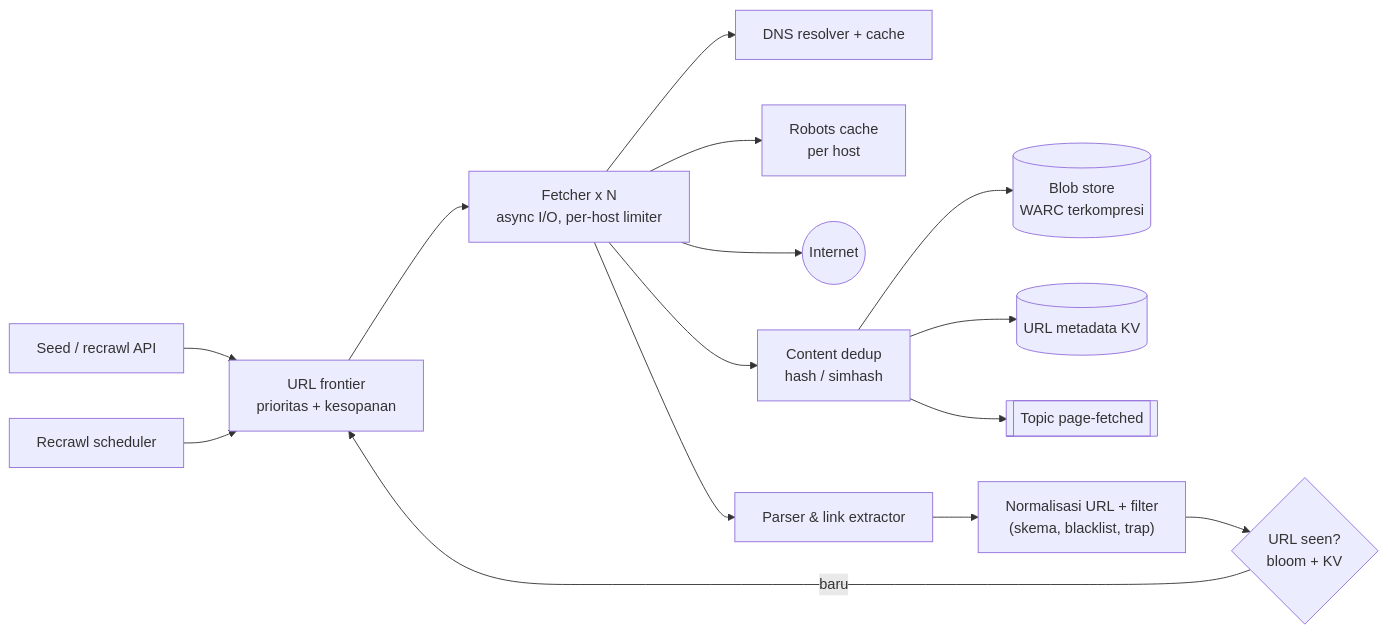
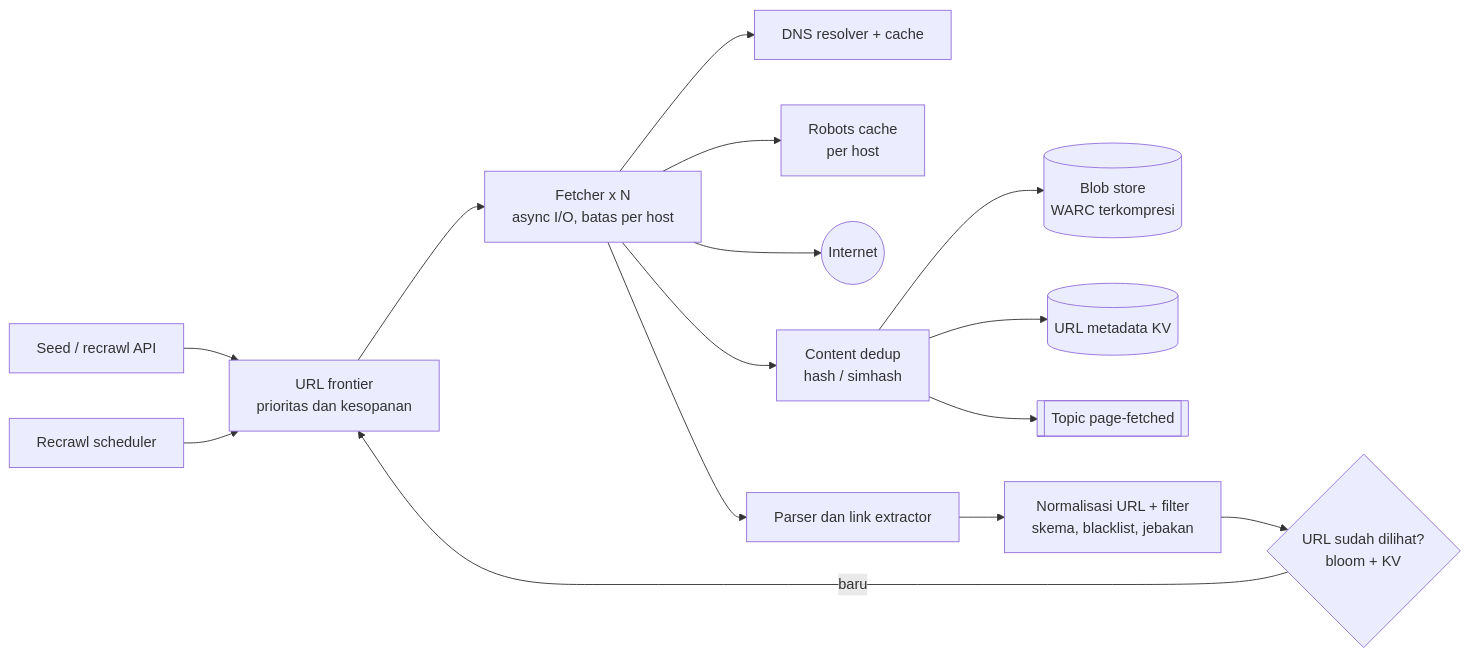
Before and after one commit to andreanpradanaa/sysdesign-lab: the first of 2 diagrams in src/content/lessons/bagian-3/web-crawler.mdx, drawn with Mermaid. The commit also changed other lines of this file and 17 other files, not shown here.

````diff
--- a/src/content/lessons/bagian-3/web-crawler.mdx
+++ b/src/content/lessons/bagian-3/web-crawler.mdx
@@ -148,17 +149,17 @@
 ```mermaid
 flowchart LR
-  SEED[Seed / recrawl API] --> F[URL frontier\nprioritas + kesopanan]
-  F --> FE[Fetcher x N\nasync I/O, per-host limiter]
+  SEED[Seed / recrawl API] --> F["URL frontier\nprioritas dan kesopanan"]
+  F --> FE["Fetcher x N\nasync I/O, batas per host"]
   FE --> DNS[DNS resolver + cache]
-  FE --> ROB[Robots cache\nper host]
+  FE --> ROB["Robots cache\nper host"]
   FE --> WEB((Internet))
-  FE --> CD[Content dedup\nhash / simhash]
-  CD --> BS[(Blob store\nWARC terkompresi)]
-  CD --> META[(URL metadata KV)]
-  CD --> PUB[[Topic page-fetched]]
-  FE --> PAR[Parser & link extractor]
-  PAR --> NORM["Normalisasi URL + filter\n(skema, blacklist, trap)"]
-  NORM --> SEEN{URL seen?\nbloom + KV}
+  FE --> CD["Content dedup\nhash / simhash"]
+  CD --> BS[("Blob store\nWARC terkompresi")]
+  CD --> META[("URL metadata KV")]
+  CD --> PUB[["Topic page-fetched"]]
+  FE --> PAR[Parser dan link extractor]
+  PAR --> NORM["Normalisasi URL + filter\nskema, blacklist, jebakan"]
+  NORM --> SEEN{"URL sudah dilihat?\nbloom + KV"}
   SEEN -- baru --> F
   SCHED[Recrawl scheduler] --> F
 ```
````
